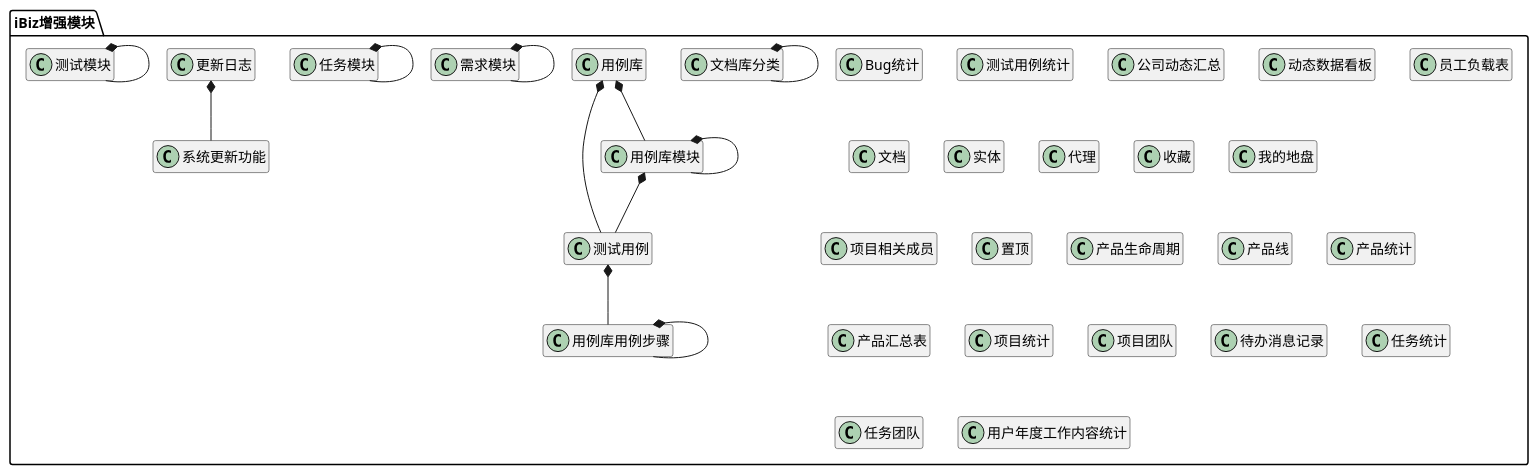
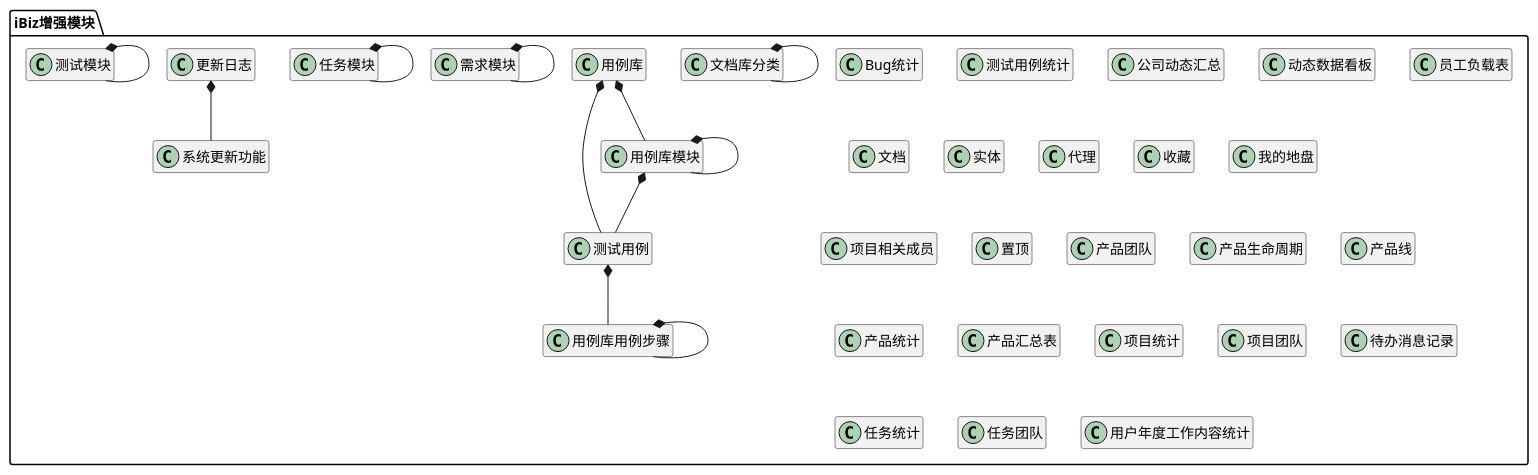
Before and after one commit to zj335841911/nt_chandao: the diagram in ibizpms-docs/src/main/doc/v1/module/ibiz.md, drawn with PlantUML. The commit also changed other lines of this file and 42 other files, not shown here.

```diff
--- a/ibizpms-docs/src/main/doc/v1/module/ibiz.md
+++ b/ibizpms-docs/src/main/doc/v1/module/ibiz.md
@@ -59,6 +59,9 @@
 }
 
 class 置顶 {
+}
+
+class 产品团队 {
 }
 
 class 产品生命周期 {
```
